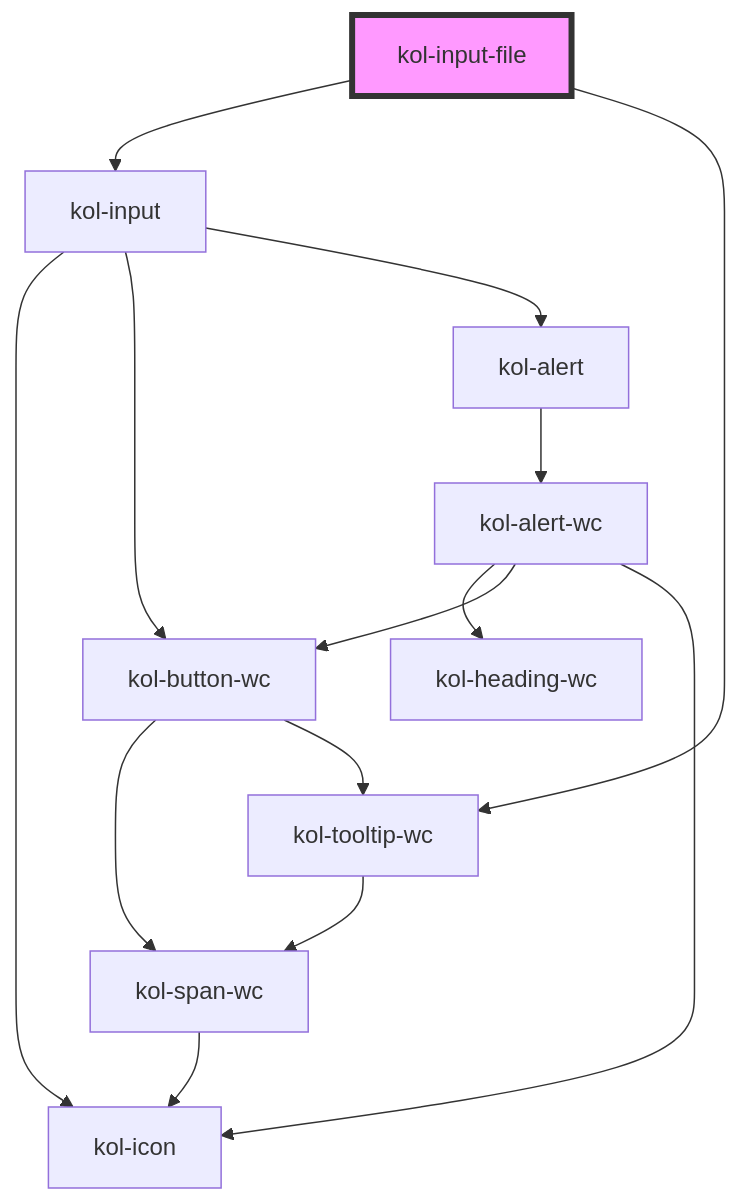
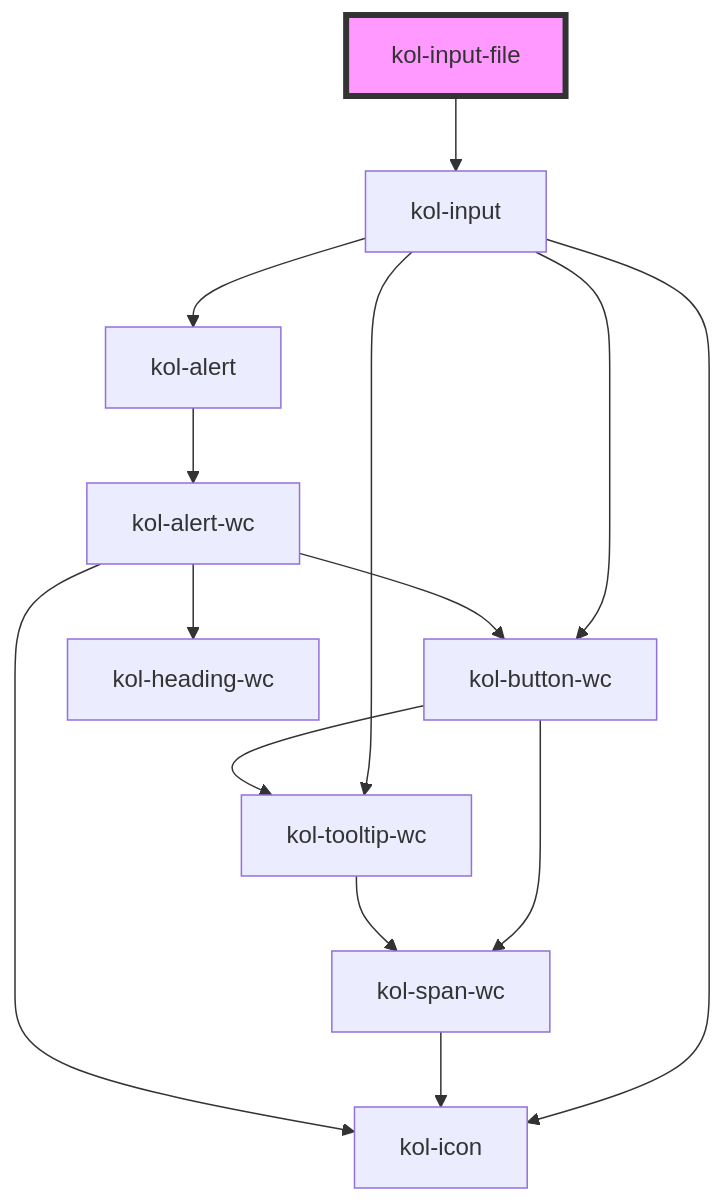
The diagram in packages/components/src/components/input-file/readme.md (public-ui/kolibri), drawn with Mermaid before and after one commit. The commit also changed other lines of this file and 69 other files, not shown here.

Commit message:
refactor: input tooltip samples

````diff
--- a/packages/components/src/components/input-file/readme.md
+++ b/packages/components/src/components/input-file/readme.md
@@ -82,17 +81,17 @@
 ```mermaid
 graph TD;
   kol-input-file --> kol-input
-  kol-input-file --> kol-tooltip-wc
   kol-input --> kol-icon
   kol-input --> kol-button-wc
+  kol-input --> kol-tooltip-wc
   kol-input --> kol-alert
   kol-button-wc --> kol-span-wc
   kol-button-wc --> kol-tooltip-wc
   kol-span-wc --> kol-icon
   kol-tooltip-wc --> kol-span-wc
   kol-alert --> kol-alert-wc
   kol-alert-wc --> kol-heading-wc
   kol-alert-wc --> kol-button-wc
   kol-alert-wc --> kol-icon
   style kol-input-file fill:#f9f,stroke:#333,stroke-width:4px
 ```
````
